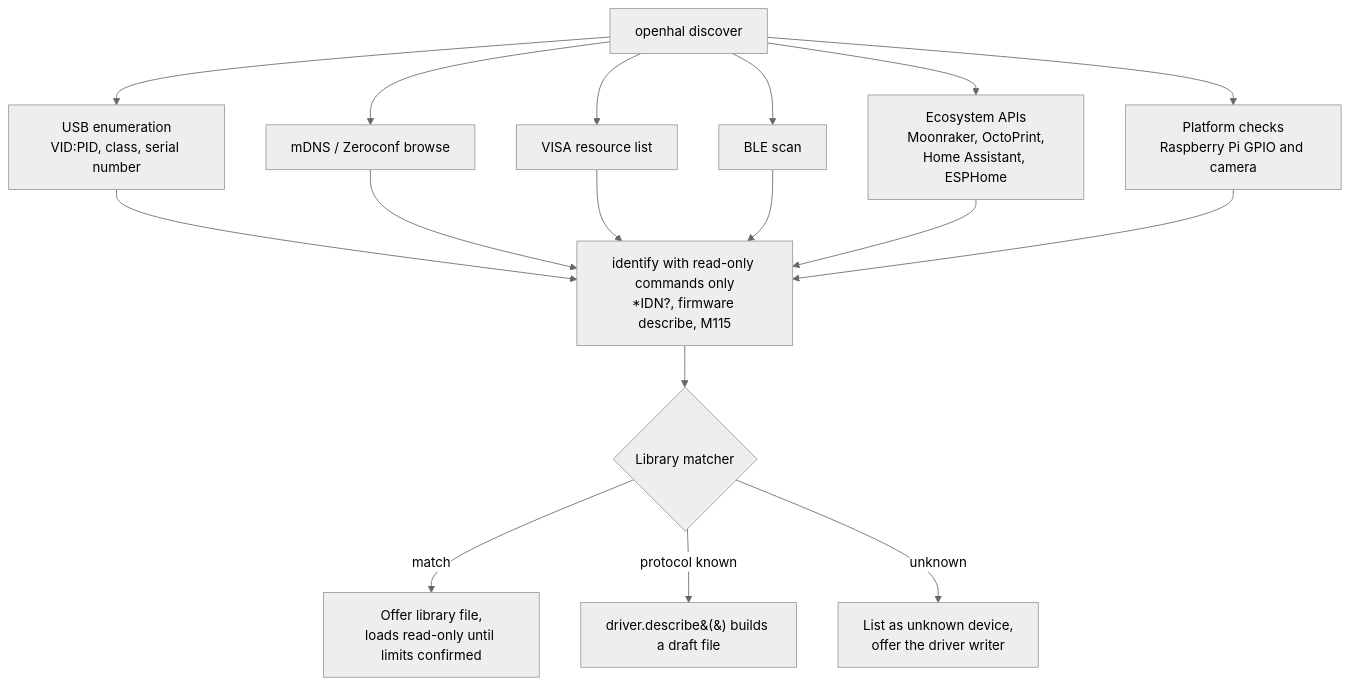
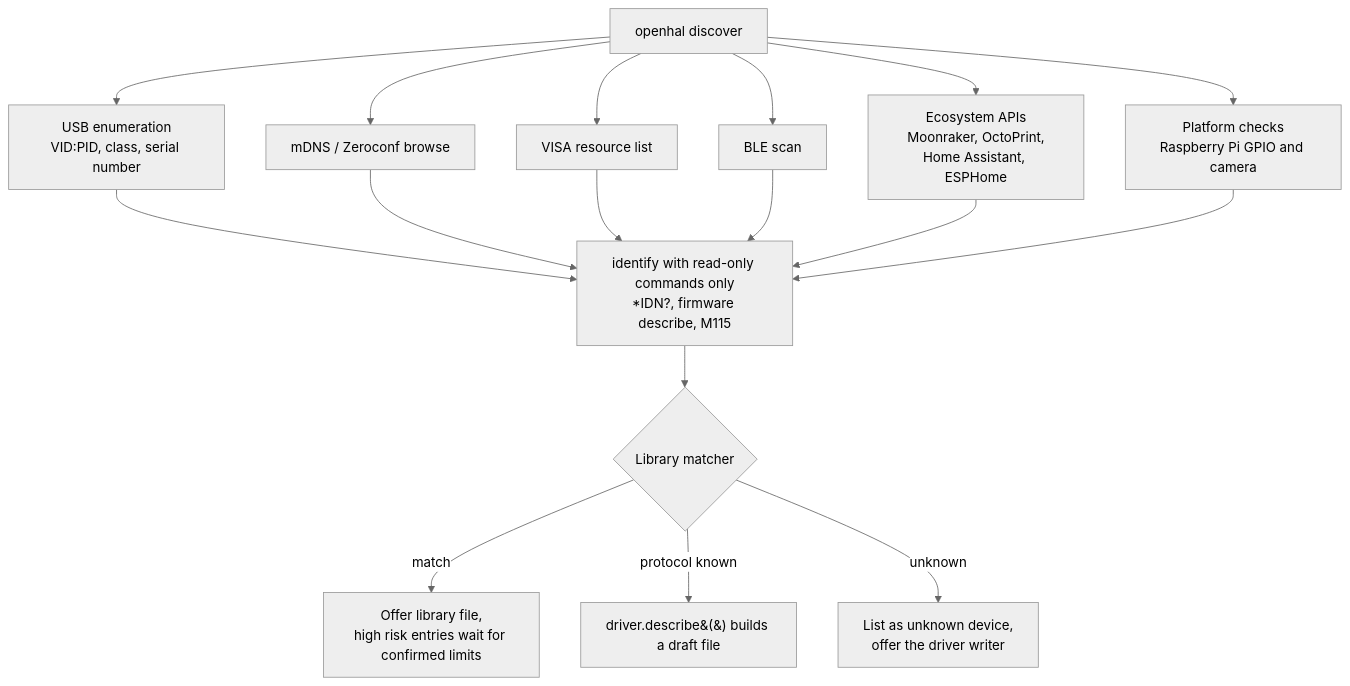
The third of 7 diagrams in docs/ARCHITECTURE.md (sohan-bhat/OpenHAL), drawn with Mermaid (neutral theme) before and after one commit. The commit also changed 13 other files, not shown here.

````diff
--- a/docs/ARCHITECTURE.md
+++ b/docs/ARCHITECTURE.md
@@ -115,19 +115,19 @@
 ```mermaid
 flowchart TD
   S[openhal discover] --> U[USB enumeration<br/>VID:PID, class, serial number]
   S --> N[mDNS / Zeroconf browse]
   S --> V[VISA resource list]
   S --> B[BLE scan]
   S --> E[Ecosystem APIs<br/>Moonraker, OctoPrint,<br/>Home Assistant, ESPHome]
   S --> P[Platform checks<br/>Raspberry Pi GPIO and camera]
   U --> ID[identify with read-only commands only<br/>*IDN?, firmware describe, M115]
   N --> ID
   V --> ID
   B --> ID
   E --> ID
   P --> ID
   ID --> MATCH{Library matcher}
-  MATCH -->|match| OFFER[Offer library file,<br/>loads read-only until limits confirmed]
+  MATCH -->|match| OFFER[Offer library file,<br/>high risk entries wait for confirmed limits]
   MATCH -->|protocol known| DESC[driver.describe&#40;&#41; builds a draft file]
   MATCH -->|unknown| UNK[List as unknown device,<br/>offer the driver writer]
 ```
````
